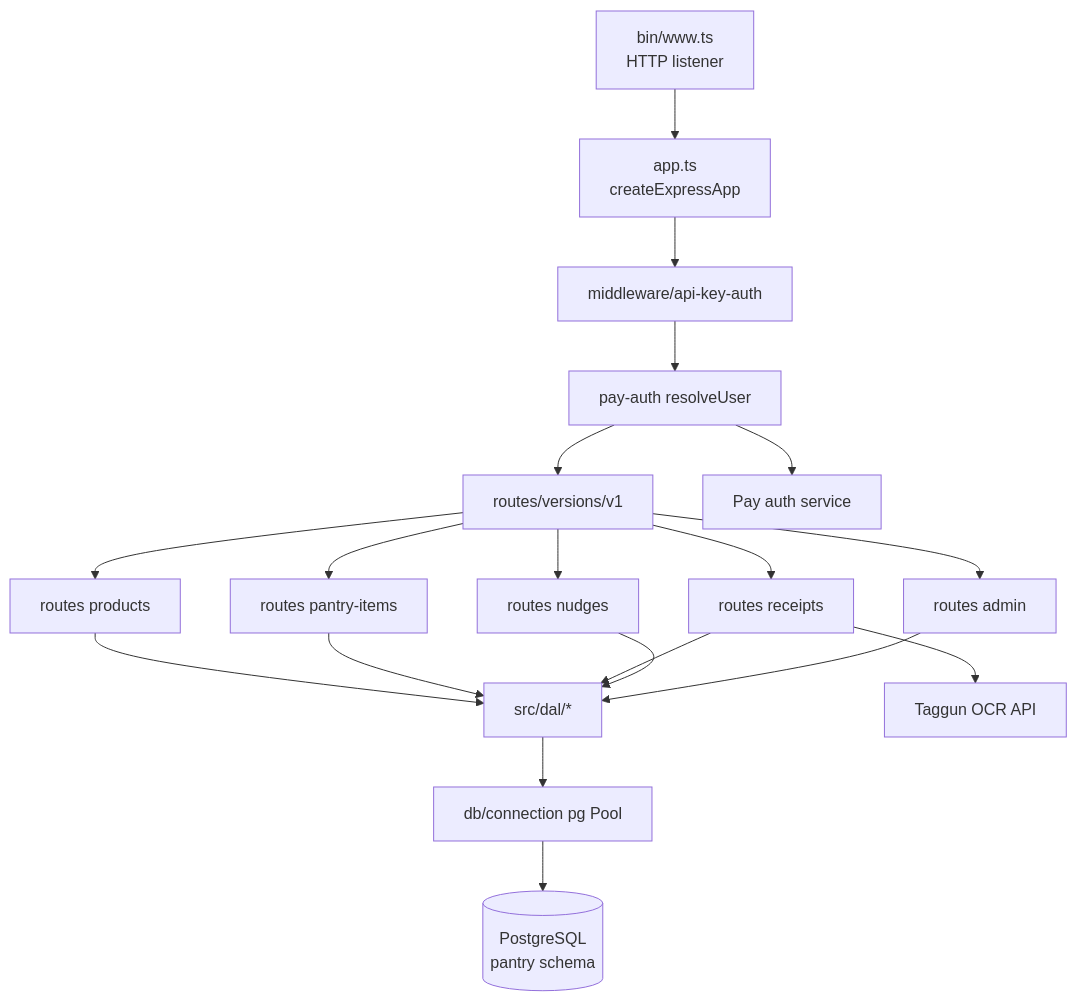
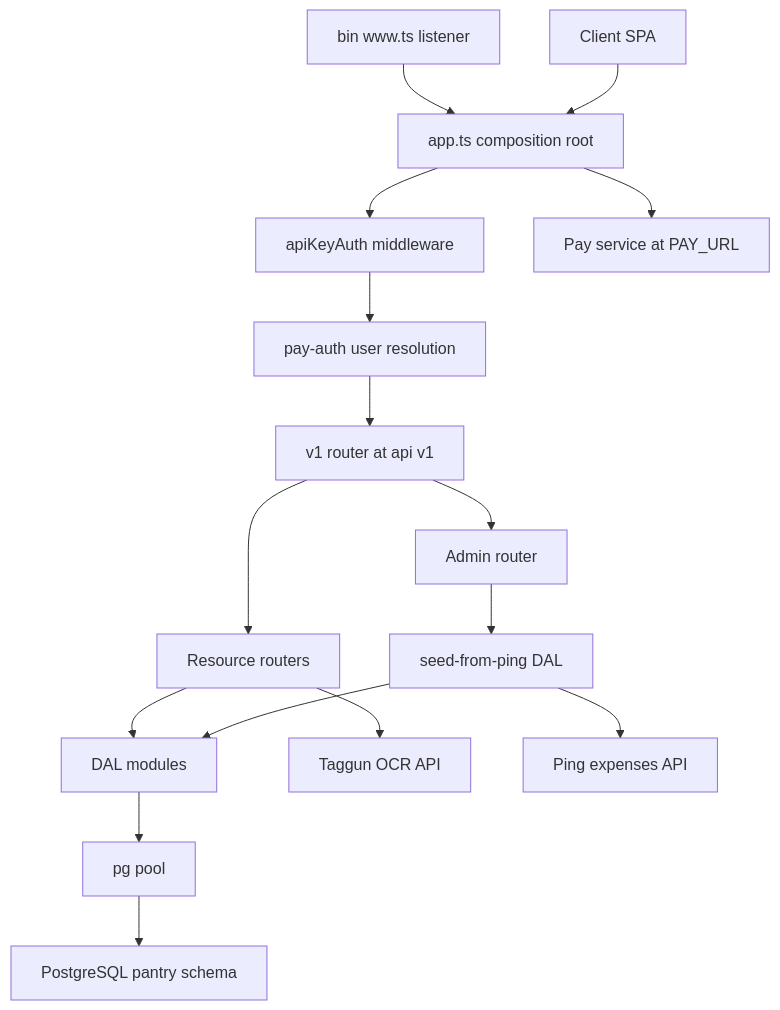
One commit to Jeffrey-Keyser/project-wiki changed the diagram in content/repos/Jeffrey-Keyser-pantry-manager/Architecture.md. Above: the diagram before and after it, drawn with Mermaid. The commit also changed other lines of this file and 150 other files, not shown here.

````diff
--- a/content/repos/Jeffrey-Keyser-pantry-manager/Architecture.md
+++ b/content/repos/Jeffrey-Keyser-pantry-manager/Architecture.md
@@ -10,26 +10,31 @@
 ```mermaid
 flowchart TD
-  www[bin/www.ts<br/>HTTP listener]
-  app[app.ts<br/>createExpressApp]
-  apikey[middleware/api-key-auth]
-  resolve[pay-auth resolveUser]
-  v1[routes/versions/v1]
-  prod[routes products]
-  pi[routes pantry-items]
-  rec[routes receipts]
-  nud[routes nudges]
-  adm[routes admin]
-  dal[src/dal/*]
-  pool[db/connection pg Pool]
-  pg[(PostgreSQL<br/>pantry schema)]
-  taggun[Taggun OCR API]
-  pay[Pay auth service]
+  spa["Client SPA"]
+  www["bin www.ts listener"]
+  app["app.ts composition root"]
+  keyauth["apiKeyAuth middleware"]
+  resolve["pay-auth user resolution"]
+  v1["v1 router at api v1"]
+  res["Resource routers"]
+  adm["Admin router"]
+  dal["DAL modules"]
+  seed["seed-from-ping DAL"]
+  pool["pg pool"]
+  pg["PostgreSQL pantry schema"]
+  taggun["Taggun OCR API"]
+  ping["Ping expenses API"]
+  pay["Pay service at PAY_URL"]
 
   www --> app
-  app --> apikey --> resolve --> v1
-  v1 --> prod & pi & rec & nud & adm
-  prod & pi & rec & nud & adm --> dal
+  spa --> app
+  app --> keyauth --> resolve --> v1
+  v1 --> res
+  v1 --> adm
+  res --> dal
+  adm --> seed
+  seed --> dal
+  seed --> ping
   dal --> pool --> pg
-  rec --> taggun
-  resolve --> pay
+  res --> taggun
+  app --> pay
 ```
````
